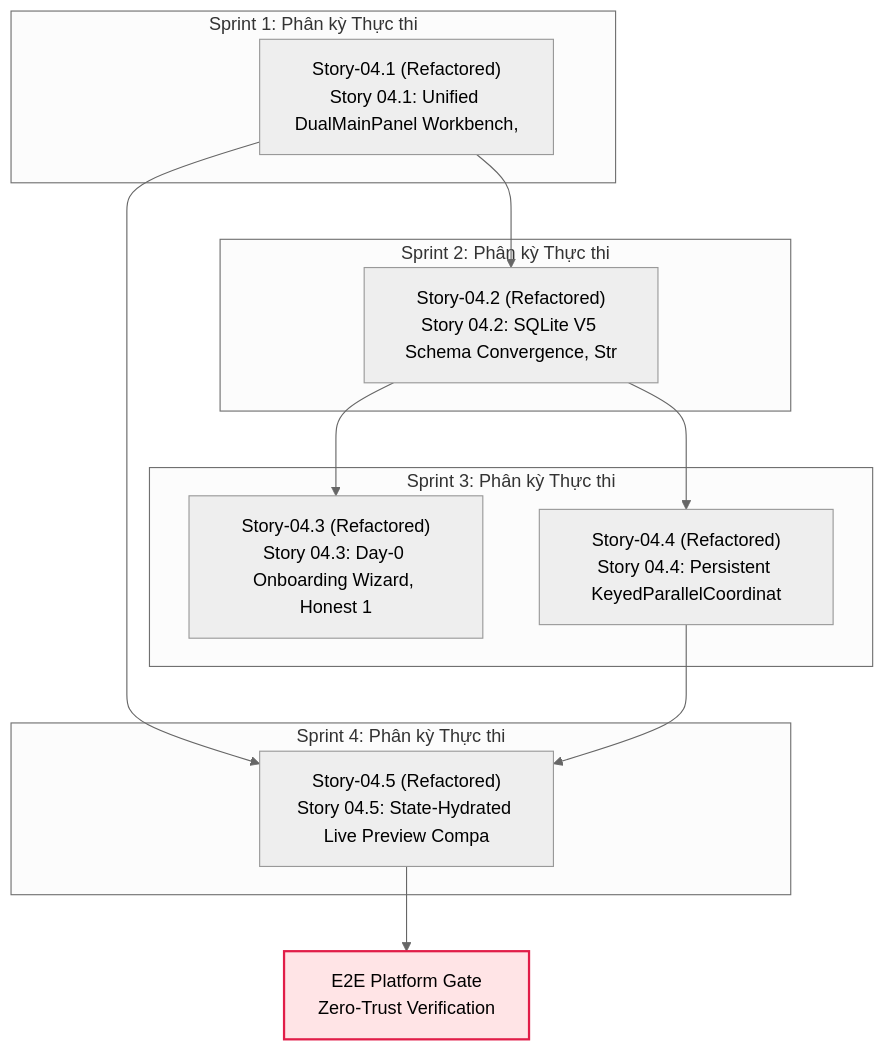
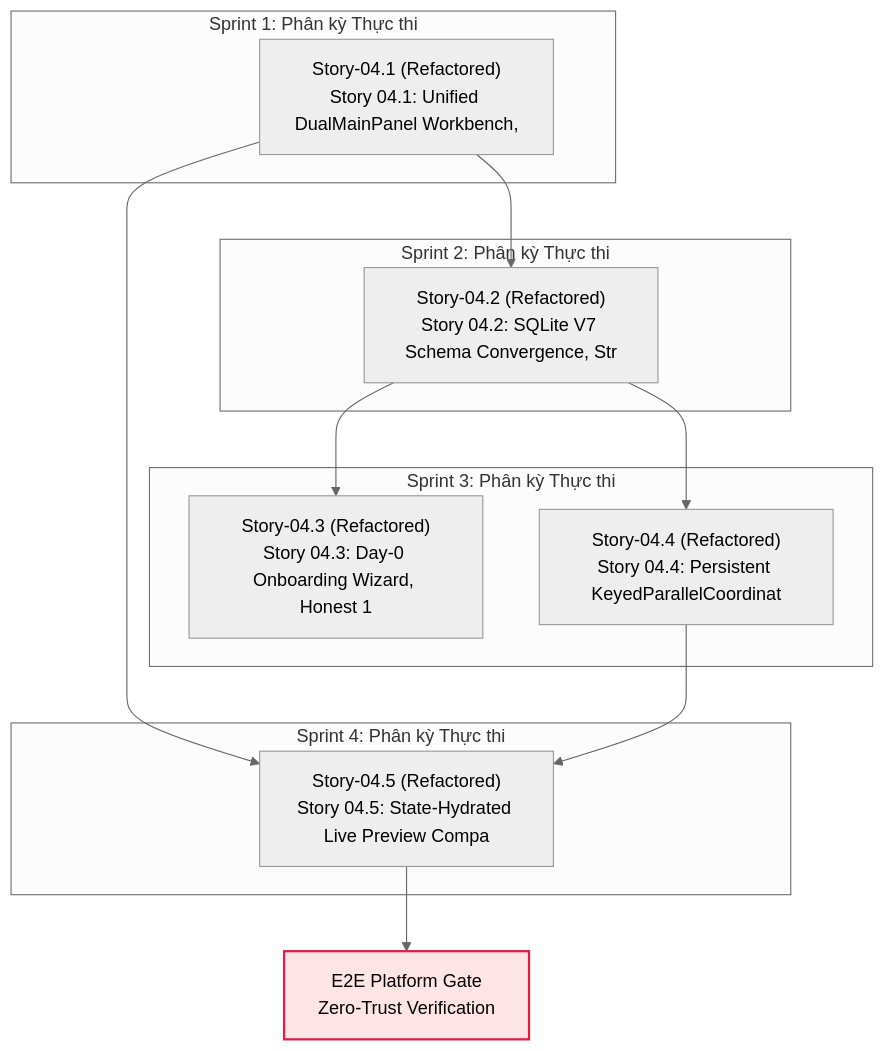
Before and after one commit to Nam123321/cowok-design: the diagram in _iwish-output/3. Development/1. Epic & Story/VS-02. Flow-First Executable Design Workbench & SDI Engine/Epic-04/epic.md, drawn with Mermaid (neutral theme). The commit also changed other lines of this file and 70 other files, not shown here.

First line of the commit message:
feat(story-04.2): SQLite V7 convergence, streaming Dual-Ingress BFF, O_NOFOLLOW FS jail & security hardening (#8)

````diff
--- a/_iwish-output/3. Development/1. Epic & Story/VS-02. Flow-First Executable Design Workbench & SDI Engine/Epic-04/epic.md
+++ b/_iwish-output/3. Development/1. Epic & Story/VS-02. Flow-First Executable Design Workbench & SDI Engine/Epic-04/epic.md
@@ -116,33 +116,33 @@
 ```mermaid
 flowchart TD
     subgraph S1["Sprint 1: Phân kỳ Thực thi"]
         Story_04_1["Story-04.1 (Refactored)<br>Story 04.1: Unified DualMainPanel Workbench, "]
     end
 
     subgraph S2["Sprint 2: Phân kỳ Thực thi"]
-        Story_04_2["Story-04.2 (Refactored)<br>Story 04.2: SQLite V5 Schema Convergence, Str"]
+        Story_04_2["Story-04.2 (Refactored)<br>Story 04.2: SQLite V7 Schema Convergence, Str"]
     end
 
     subgraph S3["Sprint 3: Phân kỳ Thực thi"]
         Story_04_3["Story-04.3 (Refactored)<br>Story 04.3: Day-0 Onboarding Wizard, Honest 1"]
         Story_04_4["Story-04.4 (Refactored)<br>Story 04.4: Persistent KeyedParallelCoordinat"]
     end
 
     subgraph S4["Sprint 4: Phân kỳ Thực thi"]
         Story_04_5["Story-04.5 (Refactored)<br>Story 04.5: State-Hydrated Live Preview Compa"]
     end
 
     E2E_GATE["E2E Platform Gate<br>Zero-Trust Verification"]
     Story_04_1 --> Story_04_2
     Story_04_2 --> Story_04_3
     Story_04_2 --> Story_04_4
     Story_04_1 --> Story_04_5
     Story_04_4 --> Story_04_5
     Story_04_5 --> E2E_GATE
 
     classDef completed fill:#dcfce7,stroke:#16a34a,stroke-width:2px;
     classDef refactored fill:#fef3c7,stroke:#d97706,stroke-width:2px;
     classDef backlog fill:#f1f5f9,stroke:#64748b,stroke-width:2px;
     classDef gate fill:#ffe4e6,stroke:#e11d48,stroke-width:2px;
     class E2E_GATE gate;
 ```
````
